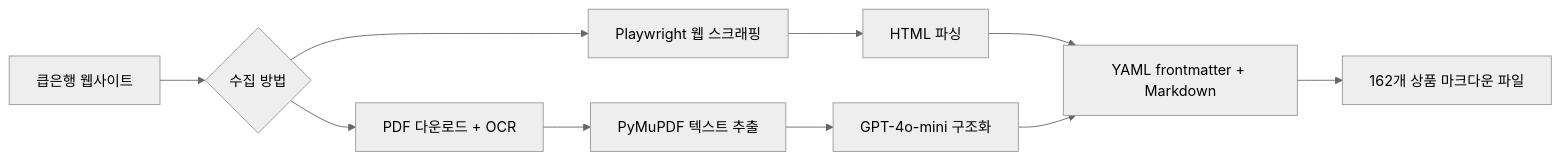
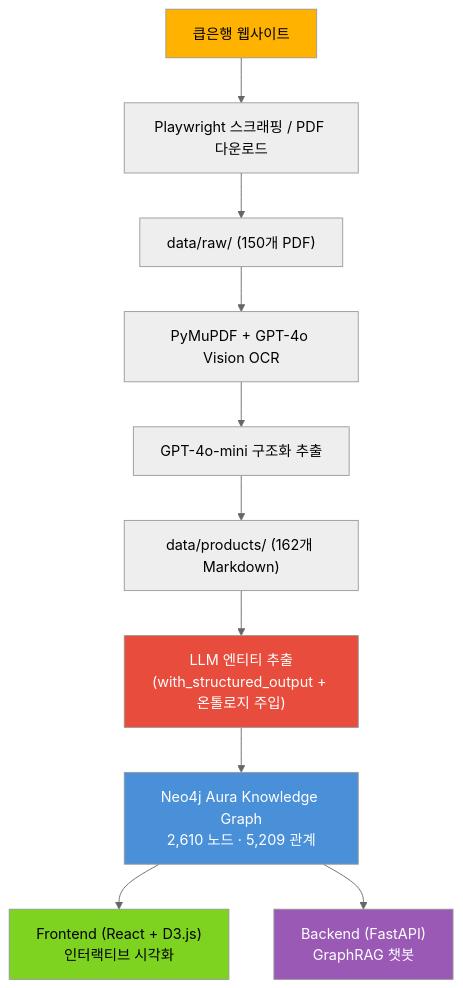
One commit to BancaKim/Bank_Knowledge_graph changed the first of 3 diagrams in README.md. Above: the diagram before and after it, drawn with Mermaid (neutral theme). The commit also changed other lines of this file and 13 other files, not shown here.

First line of the commit message:
LLM 기반 엔티티 추출 파이프라인 구축 + 예금/대출 온톨로지 분리

````diff
--- a/README.md
+++ b/README.md
@@ -17,14 +15,18 @@
 ```mermaid
-flowchart LR
-    A[큽은행 웹사이트] --> B{수집 방법}
-    B --> C[Playwright 웹 스크래핑]
-    B --> D[PDF 다운로드 + OCR]
+flowchart TD
+    A["큽은행 웹사이트"] --> B["Playwright 스크래핑 / PDF 다운로드"]
+    B --> C["data/raw/ (150개 PDF)"]
+    C --> D["PyMuPDF + GPT-4o Vision OCR"]
+    D --> E["GPT-4o-mini 구조화 추출"]
+    E --> F["data/products/ (162개 Markdown)"]
+    F --> G["LLM 엔티티 추출\n(with_structured_output + 온톨로지 주입)"]
+    G --> H["Neo4j Aura Knowledge Graph\n2,610 노드 · 5,209 관계"]
+    H --> I["Frontend (React + D3.js)\n인터랙티브 시각화"]
+    H --> J["Backend (FastAPI)\nGraphRAG 챗봇"]
 
-    C --> E[HTML 파싱]
-    D --> F[PyMuPDF 텍스트 추출]
-    F --> G[GPT-4o-mini 구조화]
-    E --> H[YAML frontmatter + Markdown]
-    G --> H
-
-    H --> I["162개 상품 마크다운 파일"]
+    style A fill:#FFB300,color:#000
+    style G fill:#E74C3C,color:#fff
+    style H fill:#4A90D9,color:#fff
+    style I fill:#7ED321,color:#000
+    style J fill:#9B59B6,color:#fff
 ```
````
